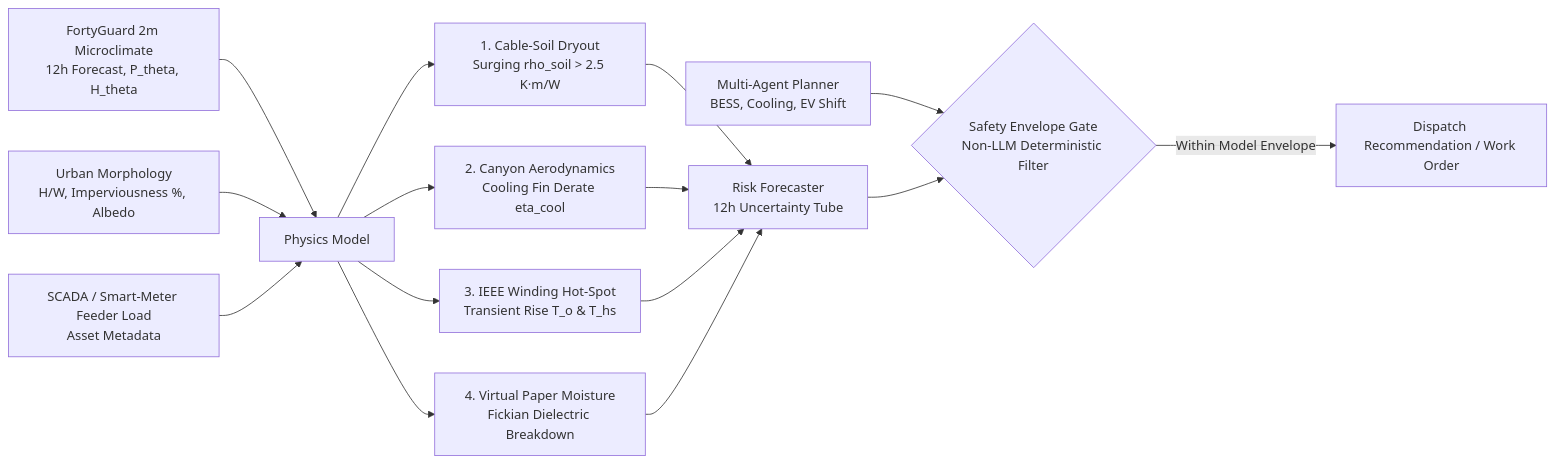
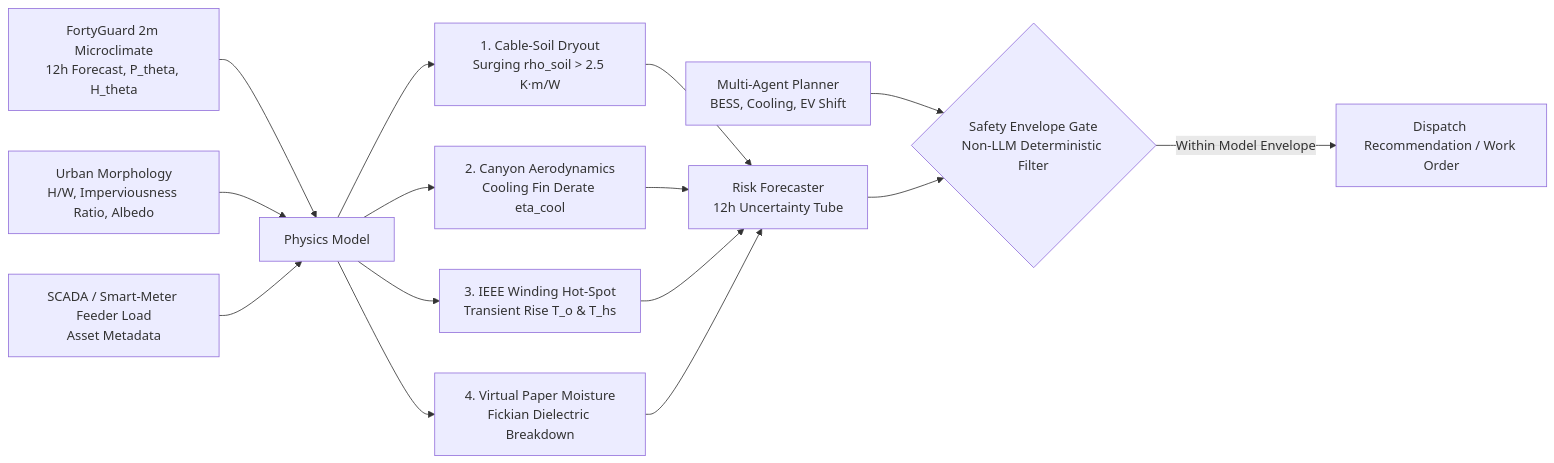
Before and after one commit to KarimmYasser/fortyguard-hackathon: the diagram in README.md, drawn with Mermaid. The commit also changed other lines of this file and 10 other files, not shown here.

````diff
--- a/README.md
+++ b/README.md
@@ -38,20 +59,20 @@
 ```mermaid
 flowchart LR
-    A[FortyGuard 2m Microclimate\n12h Forecast, P_theta, H_theta] --> D[Physics Model]
-    B[Urban Morphology\nH/W, Imperviousness %, Albedo] --> D
-    C[SCADA / Smart-Meter Feeder Load\nAsset Metadata] --> D
+    A["FortyGuard 2m Microclimate<br>12h Forecast, P_theta, H_theta"] --> D["Physics Model"]
+    B["Urban Morphology<br>H/W, Imperviousness Ratio, Albedo"] --> D
+    C["SCADA / Smart-Meter Feeder Load<br>Asset Metadata"] --> D
     
-    D --> E1[1. Cable-Soil Dryout\nSurging rho_soil > 2.5 K·m/W]
-    D --> E2[2. Canyon Aerodynamics\nCooling Fin Derate eta_cool]
-    D --> E3[3. IEEE Winding Hot-Spot\nTransient Rise T_o & T_hs]
-    D --> E4[4. Virtual Paper Moisture\nFickian Dielectric Breakdown]
+    D --> E1["1. Cable-Soil Dryout<br>Surging rho_soil > 2.5 K·m/W"]
+    D --> E2["2. Canyon Aerodynamics<br>Cooling Fin Derate eta_cool"]
+    D --> E3["3. IEEE Winding Hot-Spot<br>Transient Rise T_o & T_hs"]
+    D --> E4["4. Virtual Paper Moisture<br>Fickian Dielectric Breakdown"]
     
-    E1 --> F[Risk Forecaster\n12h Uncertainty Tube]
+    E1 --> F["Risk Forecaster<br>12h Uncertainty Tube"]
     E2 --> F
     E3 --> F
     E4 --> F
     
-    G[Multi-Agent Planner\nBESS, Cooling, EV Shift] --> H{Safety Envelope Gate\nNon-LLM Deterministic Filter}
+    G["Multi-Agent Planner<br>BESS, Cooling, EV Shift"] --> H{"Safety Envelope Gate<br>Non-LLM Deterministic Filter"}
     F --> H
-    H -->|Within Model Envelope| I[Dispatch Recommendation / Work Order]
+    H -->|Within Model Envelope| I["Dispatch Recommendation / Work Order"]
 ```
````
